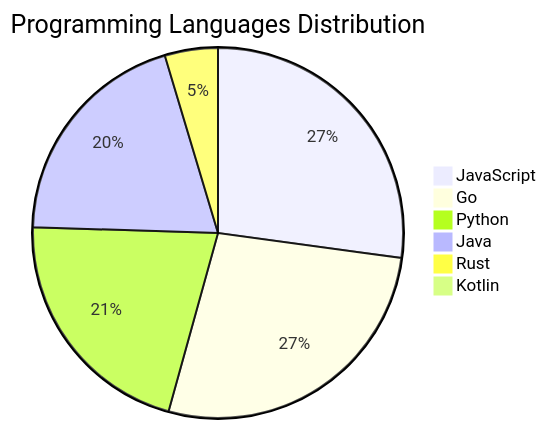
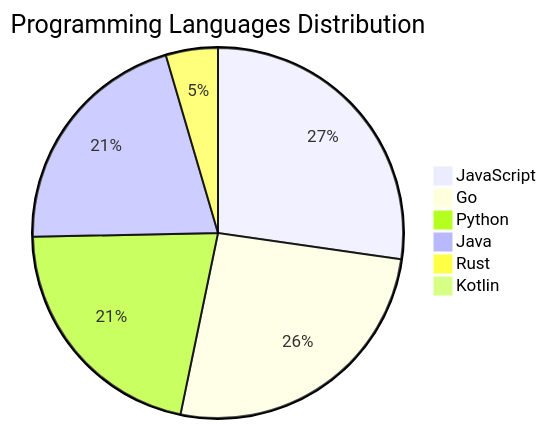
One commit to Derrick-MUGISHA/github-activity-bot changed the diagram in README.md. Above: the diagram before and after it, drawn with Mermaid. The commit also changed other lines of this file and 4 other files, not shown here.

````diff
--- a/README.md
+++ b/README.md
@@ -205,9 +206,9 @@
 ```mermaid
 pie title Programming Languages Distribution
-    "JavaScript" : 41
-    "Go" : 41
-    "Python" : 32
-    "Java" : 30
+    "JavaScript" : 42
+    "Go" : 40
+    "Python" : 33
+    "Java" : 32
     "Rust" : 7
     "Kotlin" : 1
 ```
````
